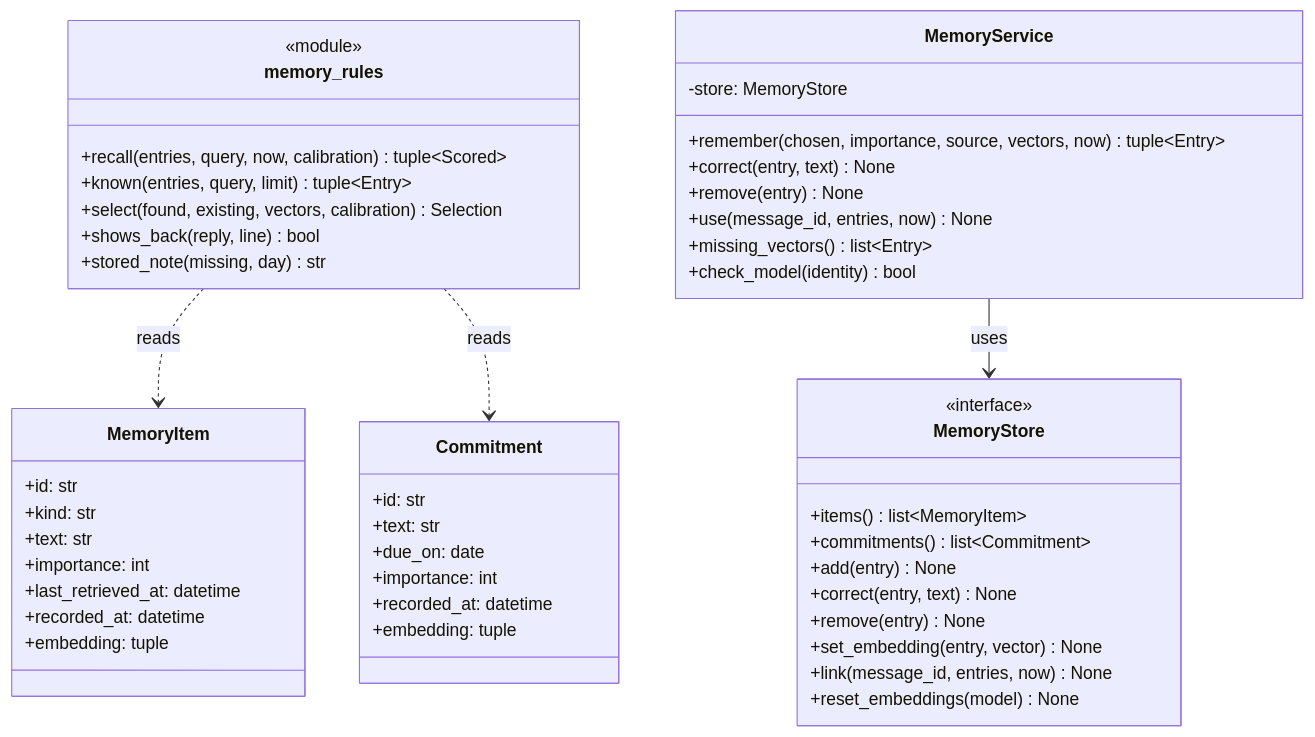
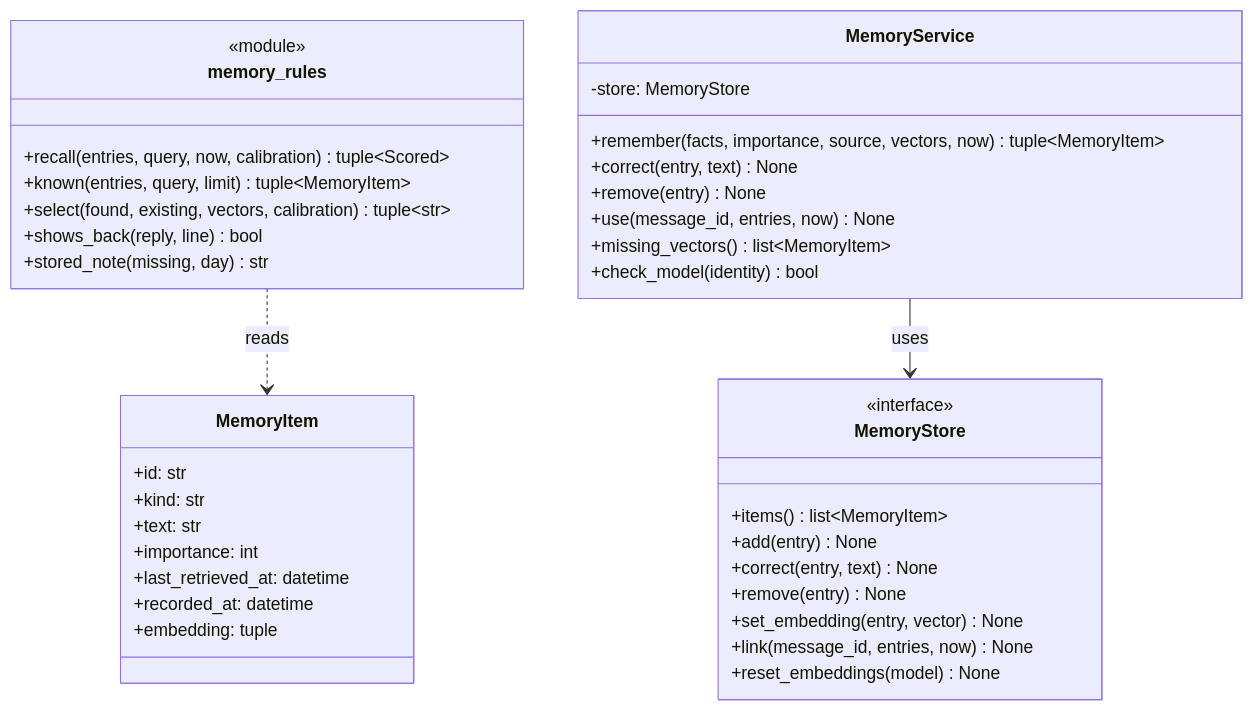
Before and after one commit to NguyenVu04/cognia: diagram 16 of 48 in docs/architecture/ARCHITECTURE.md, drawn with Mermaid. The commit also changed other lines of this file and 83 other files, not shown here.

Commit message:
feat(adr): add new ADRs for runtime tools and voice input/output; revise existing ADR chore(sonar): update sonar project properties to streamline source and test paths

````diff
--- a/docs/architecture/ARCHITECTURE.md
+++ b/docs/architecture/ARCHITECTURE.md
@@ -1039,56 +1157,45 @@
 ```mermaid
 classDiagram
     class MemoryItem {
         +id: str
         +kind: str
         +text: str
         +importance: int
         +last_retrieved_at: datetime
         +recorded_at: datetime
         +embedding: tuple
     }
 
-    class Commitment {
-        +id: str
-        +text: str
-        +due_on: date
-        +importance: int
-        +recorded_at: datetime
-        +embedding: tuple
-    }
-
     class memory_rules {
         <<module>>
         +recall(entries, query, now, calibration) tuple~Scored~
-        +known(entries, query, limit) tuple~Entry~
-        +select(found, existing, vectors, calibration) Selection
+        +known(entries, query, limit) tuple~MemoryItem~
+        +select(found, existing, vectors, calibration) tuple~str~
         +shows_back(reply, line) bool
         +stored_note(missing, day) str
     }
 
     class MemoryService {
         -store: MemoryStore
-        +remember(chosen, importance, source, vectors, now) tuple~Entry~
+        +remember(facts, importance, source, vectors, now) tuple~MemoryItem~
         +correct(entry, text) None
         +remove(entry) None
         +use(message_id, entries, now) None
-        +missing_vectors() list~Entry~
+        +missing_vectors() list~MemoryItem~
         +check_model(identity) bool
     }
 
     class MemoryStore {
         <<interface>>
         +items() list~MemoryItem~
-        +commitments() list~Commitment~
         +add(entry) None
         +correct(entry, text) None
         +remove(entry) None
         +set_embedding(entry, vector) None
         +link(message_id, entries, now) None
         +reset_embeddings(model) None
     }
 
     MemoryService --> MemoryStore : uses
     memory_rules ..> MemoryItem : reads
-    memory_rules ..> Commitment : reads
 ```
````
